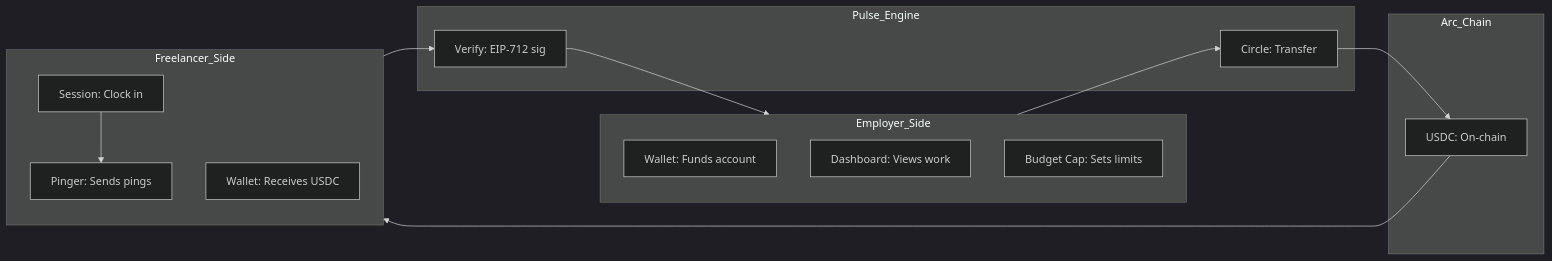
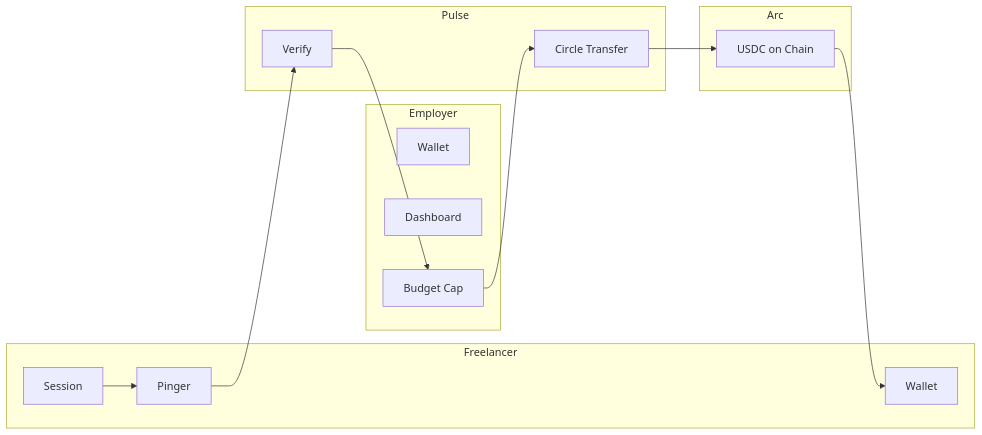
The first of 2 diagrams in README.md (Shikhyy/Pulse), drawn with Mermaid before and after one commit. The commit also changed other lines of this file, not shown here.

Commit message:
Fix README: simplify all Mermaid diagrams

````diff
--- a/README.md
+++ b/README.md
@@ -51,33 +51,30 @@
 ```mermaid
-%%{init: {'theme': 'dark', 'themeVariables': {'darkMode': true}}}%%
 flowchart LR
-    subgraph Employer_Side
-        direction TB
-        E1["Wallet: Funds account"]
-        E2["Dashboard: Views work"]
-        E3["Budget Cap: Sets limits"]
+    subgraph Employer
+        E1[Wallet]
+        E2[Dashboard]
+        E3[Budget Cap]
     end
     
-    subgraph Freelancer_Side
-        direction TB
-        F1["Session: Clock in"]
-        F2["Pinger: Sends pings"]
-        F3["Wallet: Receives USDC"]
+    subgraph Freelancer
+        F1[Session]
+        F2[Pinger]
+        F3[Wallet]
     end
     
-    subgraph Pulse_Engine
-        P1["Verify: EIP-712 sig"]
-        P2["Circle: Transfer"]
+    subgraph Pulse
+        P1[Verify]
+        P2[Circle Transfer]
     end
     
-    subgraph Arc_Chain
-        A["USDC: On-chain"]
+    subgraph Arc
+        A[USDC on Chain]
     end
     
     F1 --> F2
     F2 --> P1
     P1 --> E3
     E3 --> P2
     P2 --> A
     A --> F3
 ```
````
